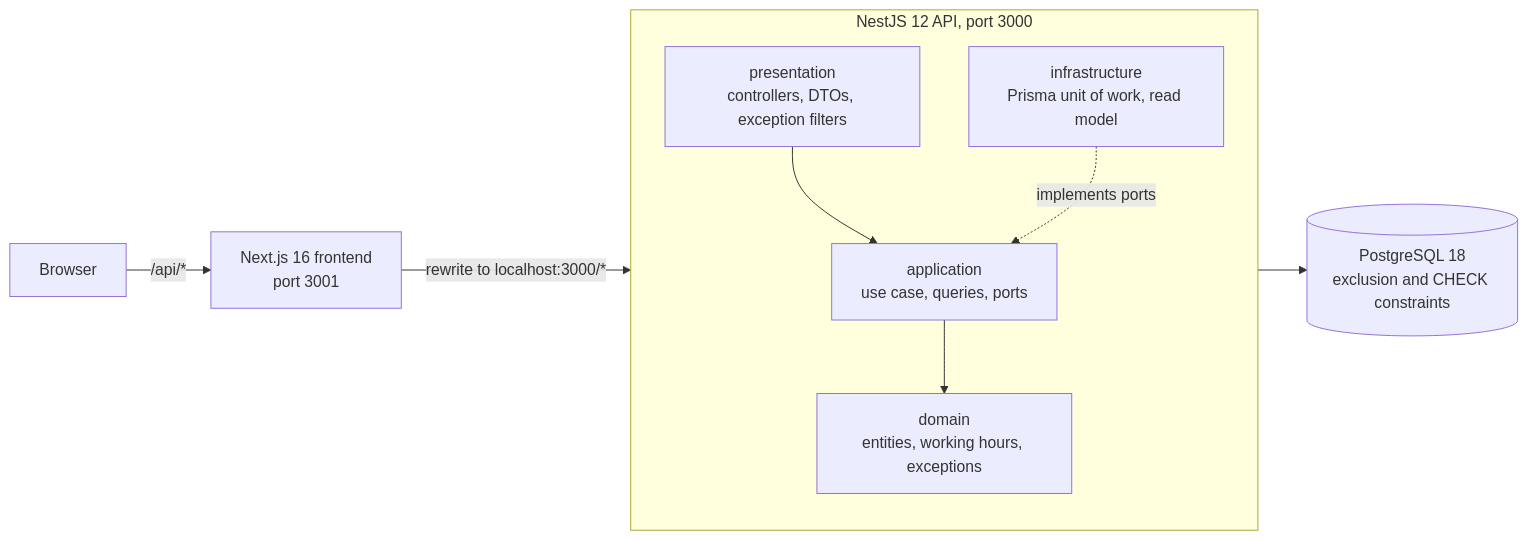
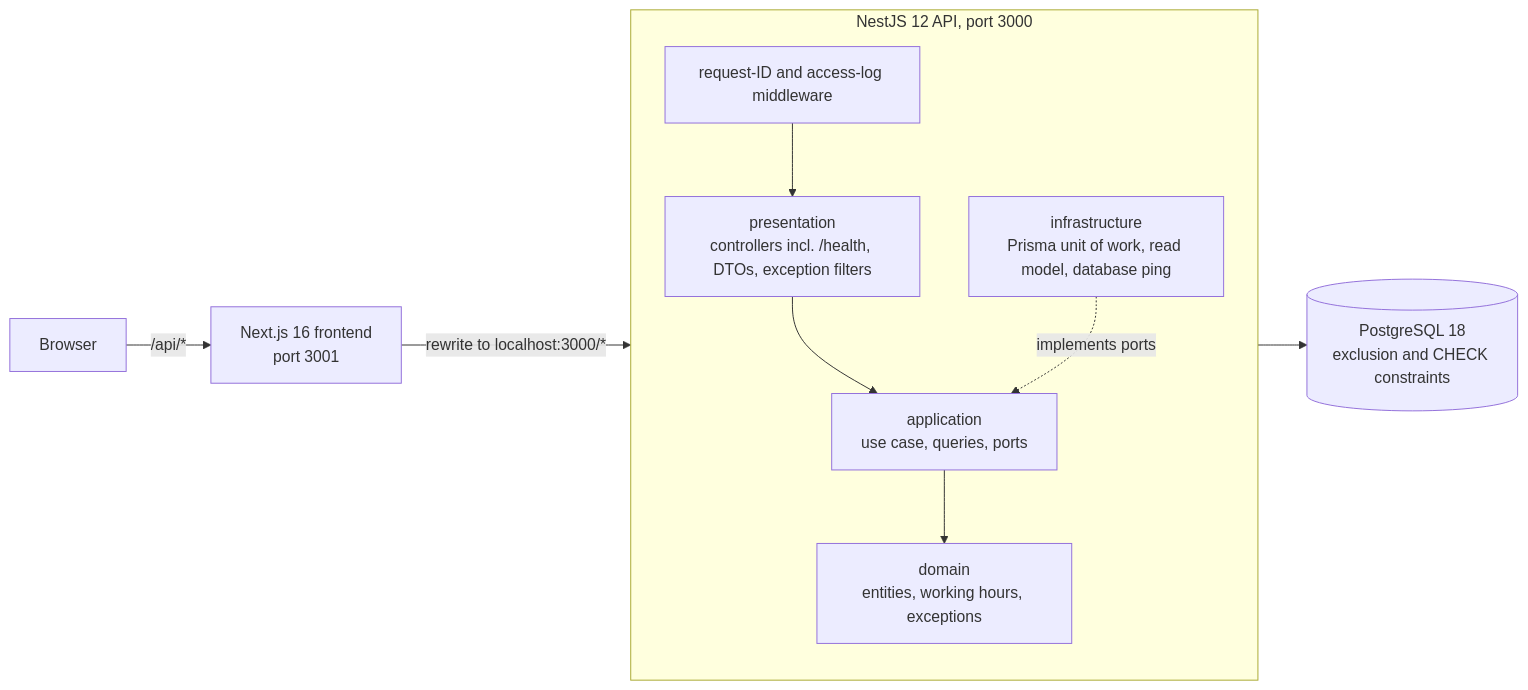
The first of 3 diagrams in docs/SYSTEM_DESIGN.md (diz123/unified-service-scheduler), drawn with Mermaid before and after one commit. The commit also changed other lines of this file and 1 other file, not shown here.

````diff
--- a/docs/SYSTEM_DESIGN.md
+++ b/docs/SYSTEM_DESIGN.md
@@ -21,12 +21,13 @@
 ```mermaid
 flowchart LR
   B["Browser"] -->|"/api/*"| N["Next.js 16 frontend<br/>port 3001"]
   subgraph API["NestJS 12 API, port 3000"]
     direction TB
-    P["presentation<br/>controllers, DTOs, exception filters"] --> AP["application<br/>use case, queries, ports"]
+    M["request-ID and access-log middleware"] --> P
+    P["presentation<br/>controllers incl. /health, DTOs, exception filters"] --> AP["application<br/>use case, queries, ports"]
     AP --> D["domain<br/>entities, working hours, exceptions"]
-    I["infrastructure<br/>Prisma unit of work, read model"] -.->|"implements ports"| AP
+    I["infrastructure<br/>Prisma unit of work, read model, database ping"] -.->|"implements ports"| AP
   end
-  N -->|"rewrite to localhost:3000/*"| P
+  N -->|"rewrite to localhost:3000/*"| M
   I --> DB[("PostgreSQL 18<br/>exclusion and CHECK constraints")]
 ```
````
